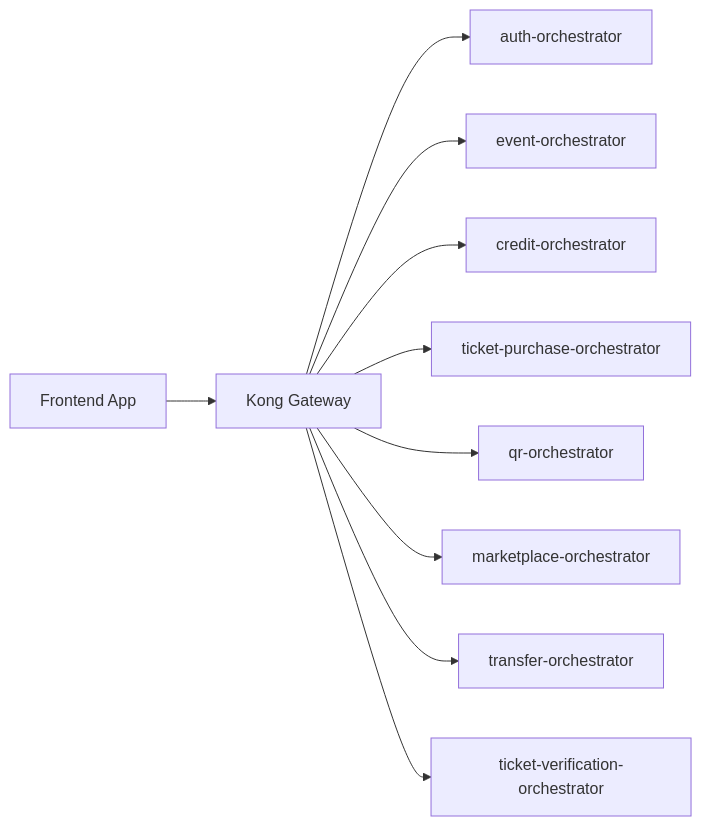
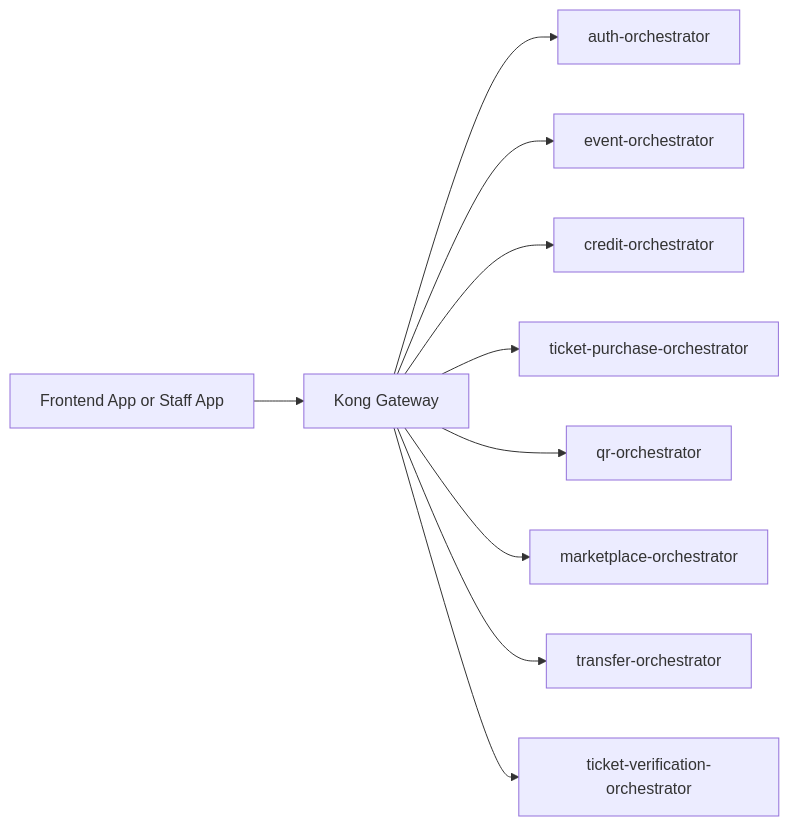
Before and after one commit to bryanseah234/ticketremaster-b: the diagram in FRONTEND.md, drawn with Mermaid. The commit also changed other lines of this file and 18 other files, not shown here.

````diff
--- a/FRONTEND.md
+++ b/FRONTEND.md
@@ -7,12 +11,12 @@
 ```mermaid
 flowchart LR
-    FE[Frontend App] --> Kong[Kong Gateway]
+    FE[Frontend App or Staff App] --> Kong[Kong Gateway]
     Kong --> Auth[auth-orchestrator]
     Kong --> Event[event-orchestrator]
     Kong --> Credit[credit-orchestrator]
     Kong --> Purchase[ticket-purchase-orchestrator]
     Kong --> QR[qr-orchestrator]
     Kong --> Market[marketplace-orchestrator]
     Kong --> Transfer[transfer-orchestrator]
     Kong --> Verify[ticket-verification-orchestrator]
 ```
````
